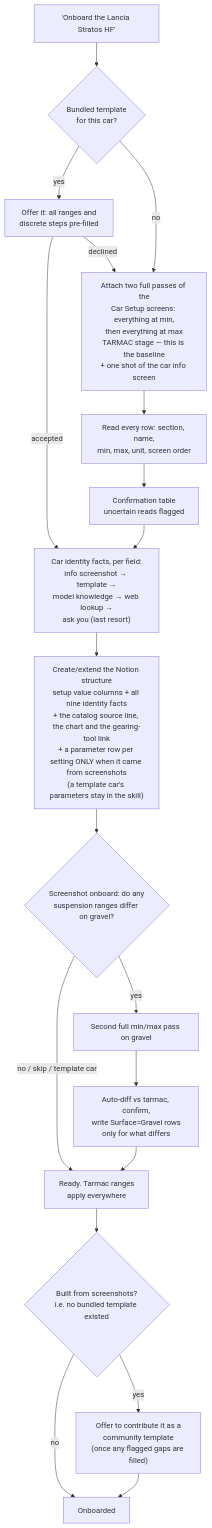
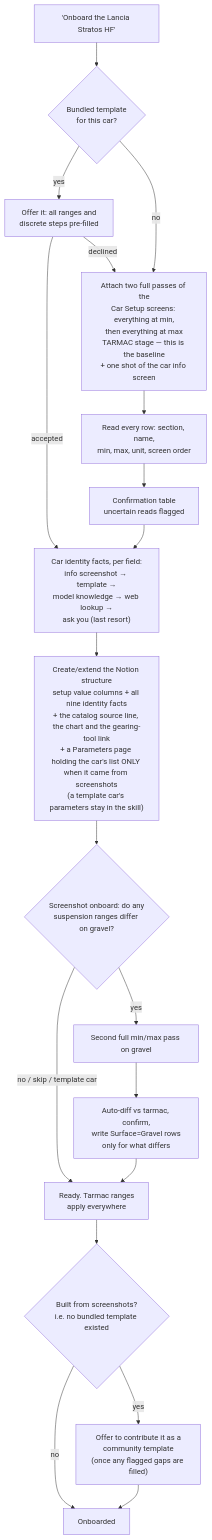
Before and after one commit to fredmayor88/acr-setup-engineer: the fourth of 7 diagrams in README.md, drawn with Mermaid. The commit also changed other lines of this file and 1 other file, not shown here.

````diff
--- a/README.md
+++ b/README.md
@@ -541,26 +549,26 @@
 ```mermaid
 flowchart TD
     Req["'Onboard the Lancia Stratos HF'"] --> Tpl{"Bundled template<br/>for this car?"}
 
     Tpl -->|"yes"| Offer["Offer it: all ranges and<br/>discrete steps pre-filled"]
     Offer -->|"accepted"| Facts
     Offer -->|"declined"| Shots
     Tpl -->|"no"| Shots["Attach two full passes of the<br/>Car Setup screens: everything at min,<br/>then everything at max<br/>TARMAC stage — this is the baseline<br/>+ one shot of the car info screen"]
 
     Shots --> Extract["Read every row: section, name,<br/>min, max, unit, screen order"]
     Extract --> Confirm["Confirmation table<br/>uncertain reads flagged"]
     Confirm --> Facts["Car identity facts, per field:<br/>info screenshot → template →<br/>model knowledge → web lookup →<br/>ask you (last resort)"]
 
-    Facts --> Notion["Create/extend the Notion structure<br/>setup value columns + all nine identity facts<br/>+ the catalog source line, the chart and the gearing-tool link<br/>+ a parameter row per setting ONLY when it came from screenshots<br/>(a template car's parameters stay in the skill)"]
+    Facts --> Notion["Create/extend the Notion structure<br/>setup value columns + all nine identity facts<br/>+ the catalog source line, the chart and the gearing-tool link<br/>+ a Parameters page holding the car's list ONLY when it came from screenshots<br/>(a template car's parameters stay in the skill)"]
     Notion --> Gravel{"Screenshot onboard: do any<br/>suspension ranges differ on gravel?"}
 
     Gravel -->|"no / skip / template car"| Done["Ready. Tarmac ranges<br/>apply everywhere"]
     Gravel -->|"yes"| Second["Second full min/max pass on gravel"]
     Second --> Diff["Auto-diff vs tarmac, confirm,<br/>write Surface=Gravel rows<br/>only for what differs"]
     Diff --> Done
 
     Done --> Contrib{"Built from screenshots?<br/>i.e. no bundled template existed"}
     Contrib -->|"no"| End["Onboarded"]
     Contrib -->|"yes"| Share["Offer to contribute it as a<br/>community template<br/>(once any flagged gaps are filled)"]
     Share --> End
 ```
````
